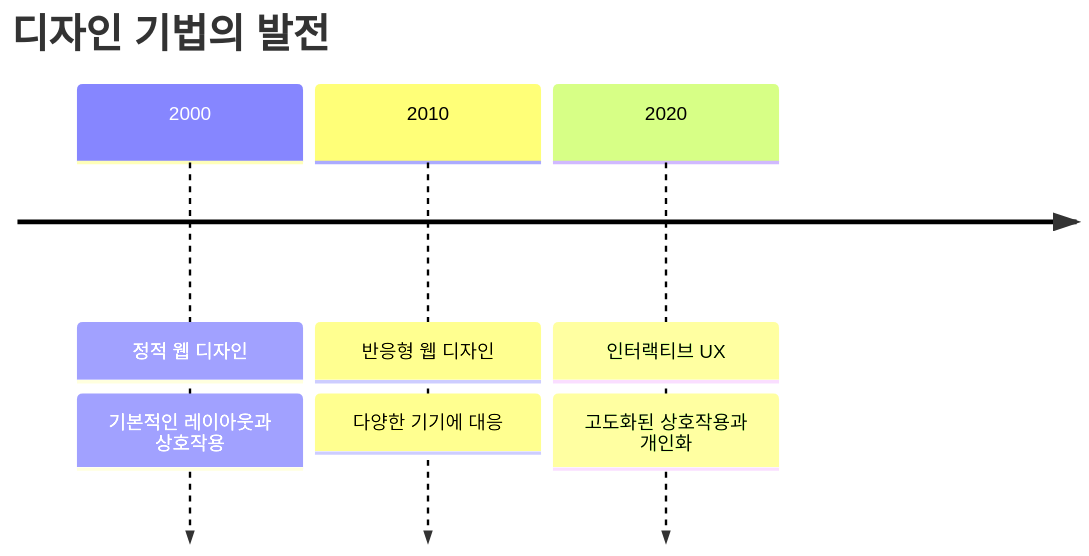
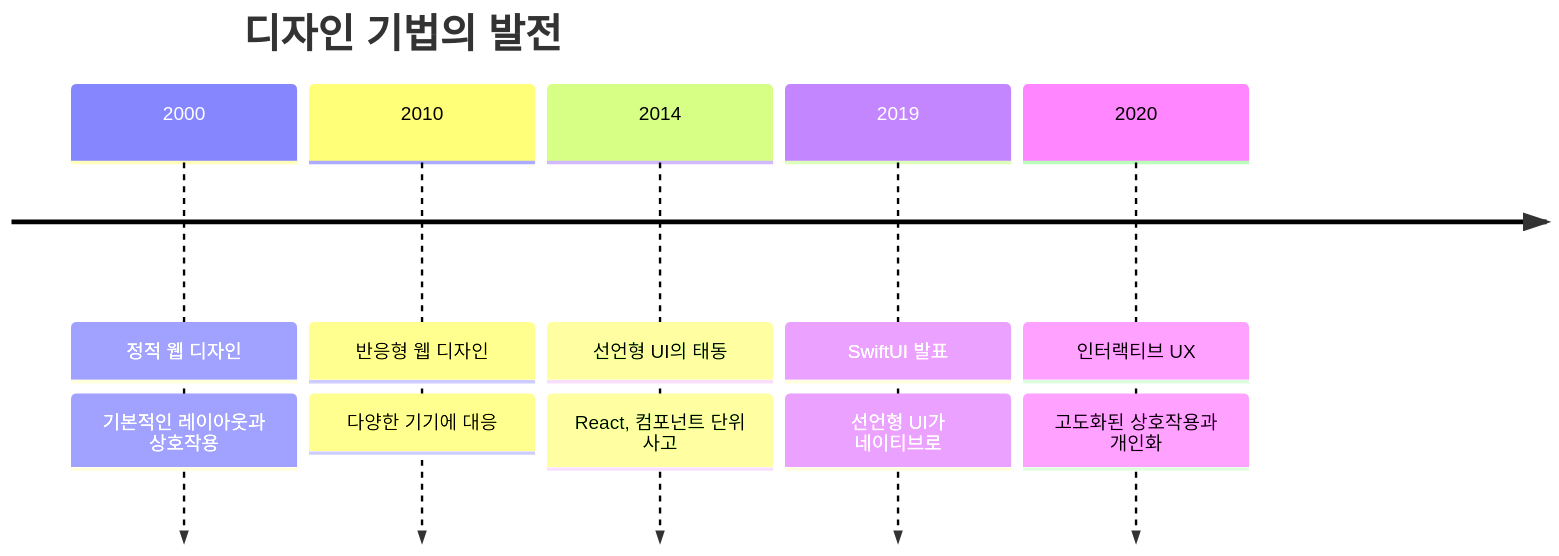
One commit to saejinpark/saejinpark.github.io changed the second of 2 diagrams in _posts/design/concept/2024-08-25-disignTechniques.md. Above: the diagram before and after it, drawn with Mermaid. The commit also changed other lines of this file and 23 other files, not shown here.

```diff
--- a/_posts/design/concept/2024-08-25-disignTechniques.md
+++ b/_posts/design/concept/2024-08-25-disignTechniques.md
@@ -50,10 +59,14 @@
 <div class="mermaid">
 timeline
  title 디자인 기법의 발전
  2000 : 정적 웹 디자인
       : 기본적인 레이아웃과 상호작용
  2010 : 반응형 웹 디자인
       : 다양한 기기에 대응
+ 2014 : 선언형 UI의 태동
+      : React, 컴포넌트 단위 사고
+ 2019 : SwiftUI 발표
+      : 선언형 UI가 네이티브로
  2020 : 인터랙티브 UX
       : 고도화된 상호작용과 개인화
 </div>
```
